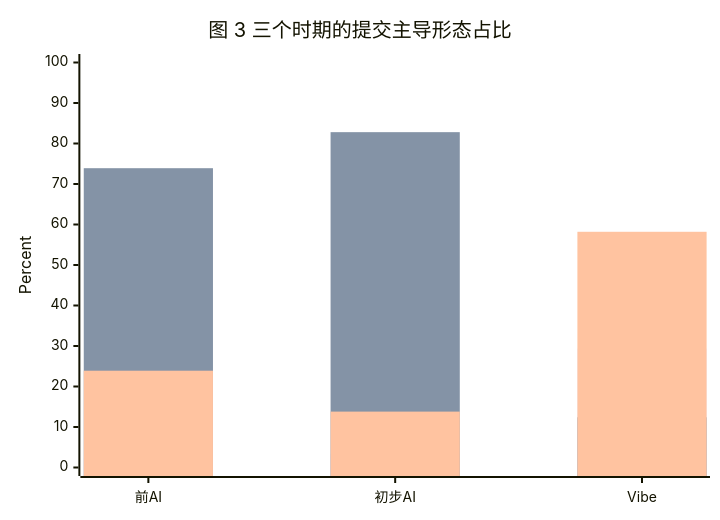
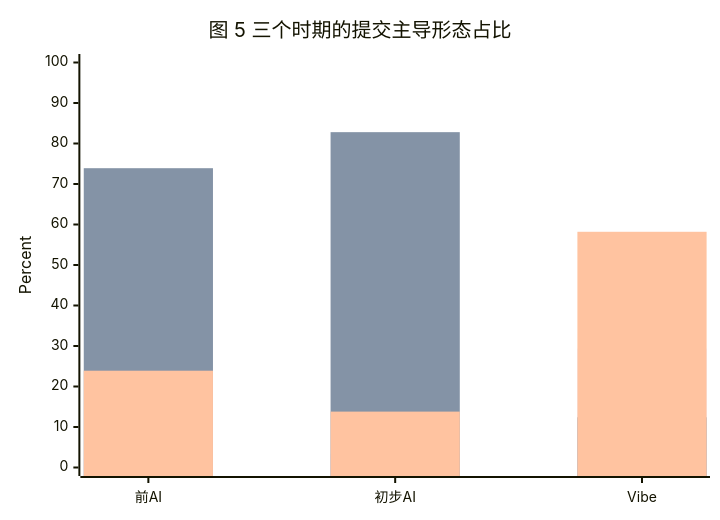
Before and after one commit to HansBug/HansBug.github.io: the ninth of 10 diagrams in src/content/blog/llm/from-trench-to-command-desk-ai-writing-coding-productivity.md, drawn with Mermaid. The commit also changed other lines of this file, not shown here.

````diff
--- a/src/content/blog/llm/from-trench-to-command-desk-ai-writing-coding-productivity.md
+++ b/src/content/blog/llm/from-trench-to-command-desk-ai-writing-coding-productivity.md
@@ -269,11 +370,11 @@
 ```mermaid
 %% series-labels: 文档型|代码型|混合型
 %% series-colors: #8fe1ba|#8fd6ff|#f2c16d
 xychart-beta
-    title "图 3 三个时期的提交主导形态占比"
+    title "图 5 三个时期的提交主导形态占比"
     x-axis ["前AI", "初步AI", "Vibe"]
     y-axis "Percent" 0 --> 100
     bar [2.2, 3.4, 29.4]
     bar [73.9, 82.8, 12.4]
     bar [23.9, 13.8, 58.2]
 ```
````
